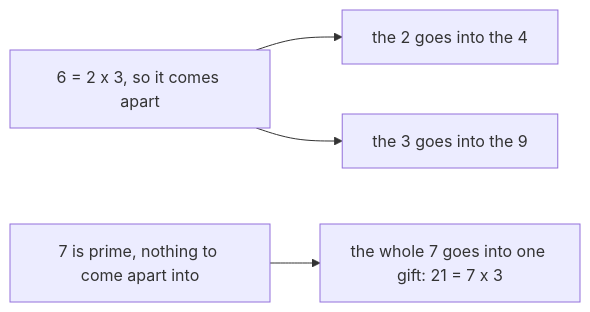
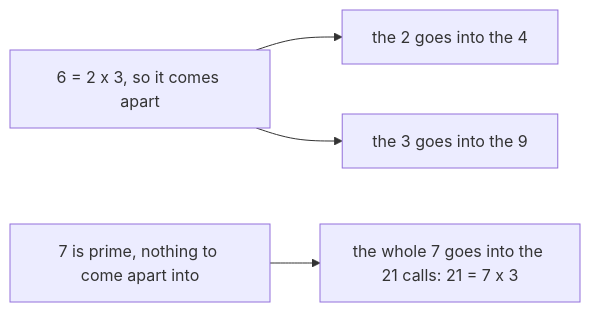
One commit to wappy-x/Mathematics changed the diagram in Cards/02-Number theory/02-Greatest Common Divisor and Euclid's Algorithm/06-euclids-lemma.md. Above: the diagram before and after it, drawn with Mermaid. The commit also changed other lines of this file and 18 other files, not shown here.

````diff
--- a/Cards/02-Number theory/02-Greatest Common Divisor and Euclid's Algorithm/06-euclids-lemma.md
+++ b/Cards/02-Number theory/02-Greatest Common Divisor and Euclid's Algorithm/06-euclids-lemma.md
@@ -21,6 +27,6 @@
 ```mermaid
 flowchart LR
   S6["6 = 2 x 3, so it comes apart"] --> T2["the 2 goes into the 4"]
   S6 --> T3["the 3 goes into the 9"]
-  S7["7 is prime, nothing to come apart into"] --> T7["the whole 7 goes into one gift: 21 = 7 x 3"]
+  S7["7 is prime, nothing to come apart into"] --> T7["the whole 7 goes into the 21 calls: 21 = 7 x 3"]
 ```
````
